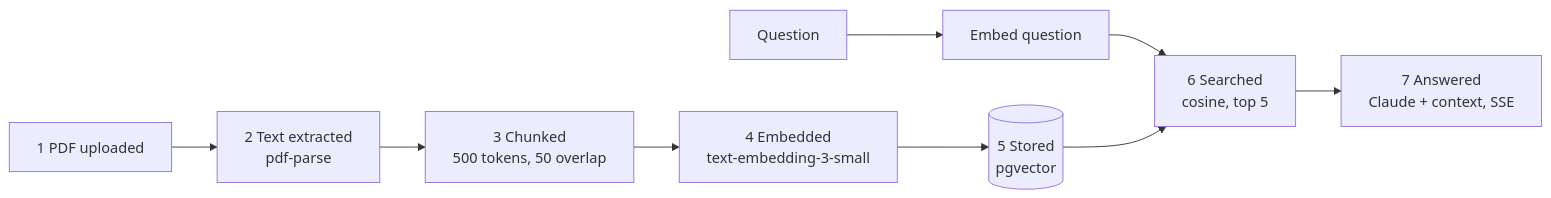
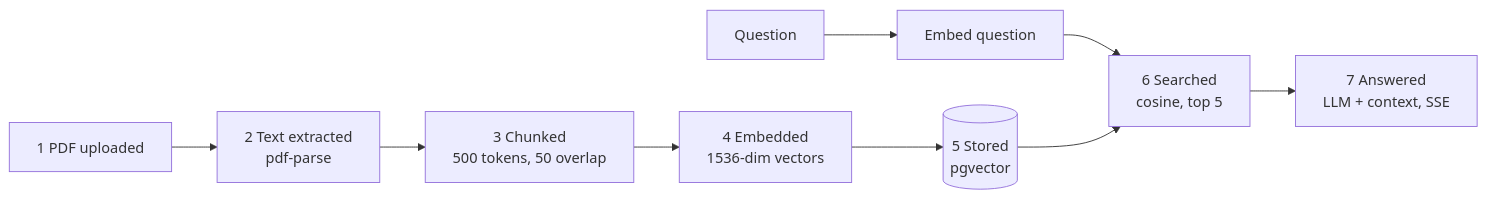
Before and after one commit to astaboyyye/fintask-ragchatbot: the diagram in README.md, drawn with Mermaid. The commit also changed other lines of this file and 17 other files, not shown here.

````diff
--- a/README.md
+++ b/README.md
@@ -14,11 +28,11 @@
 ```mermaid
 flowchart LR
   A[1 PDF uploaded] --> B[2 Text extracted<br/>pdf-parse]
   B --> C[3 Chunked<br/>500 tokens, 50 overlap]
-  C --> D[4 Embedded<br/>text-embedding-3-small]
+  C --> D[4 Embedded<br/>1536-dim vectors]
   D --> E[(5 Stored<br/>pgvector)]
   Q[Question] --> QE[Embed question]
   QE --> F[6 Searched<br/>cosine, top 5]
   E --> F
-  F --> G[7 Answered<br/>Claude + context, SSE]
+  F --> G[7 Answered<br/>LLM + context, SSE]
 ```
````
